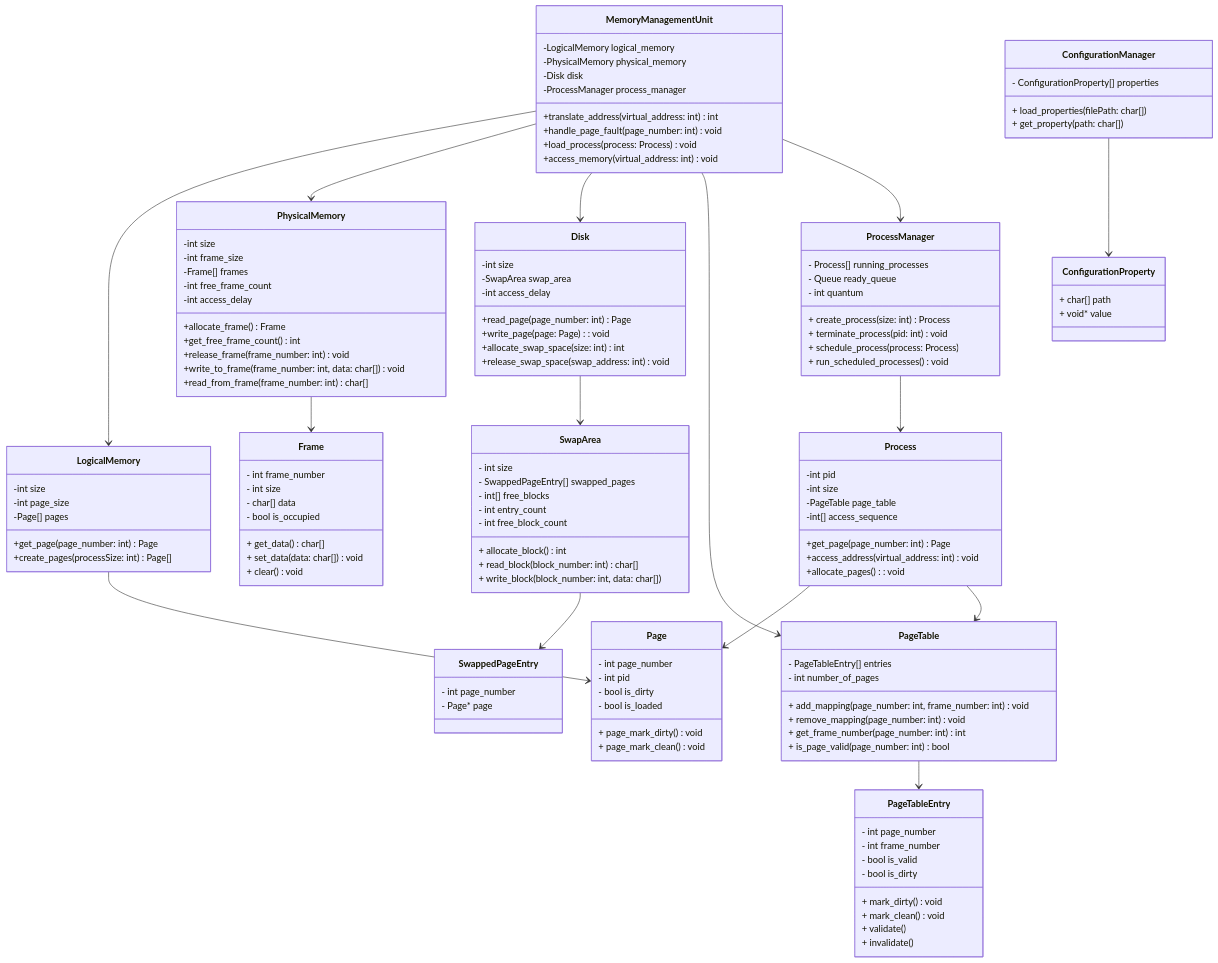
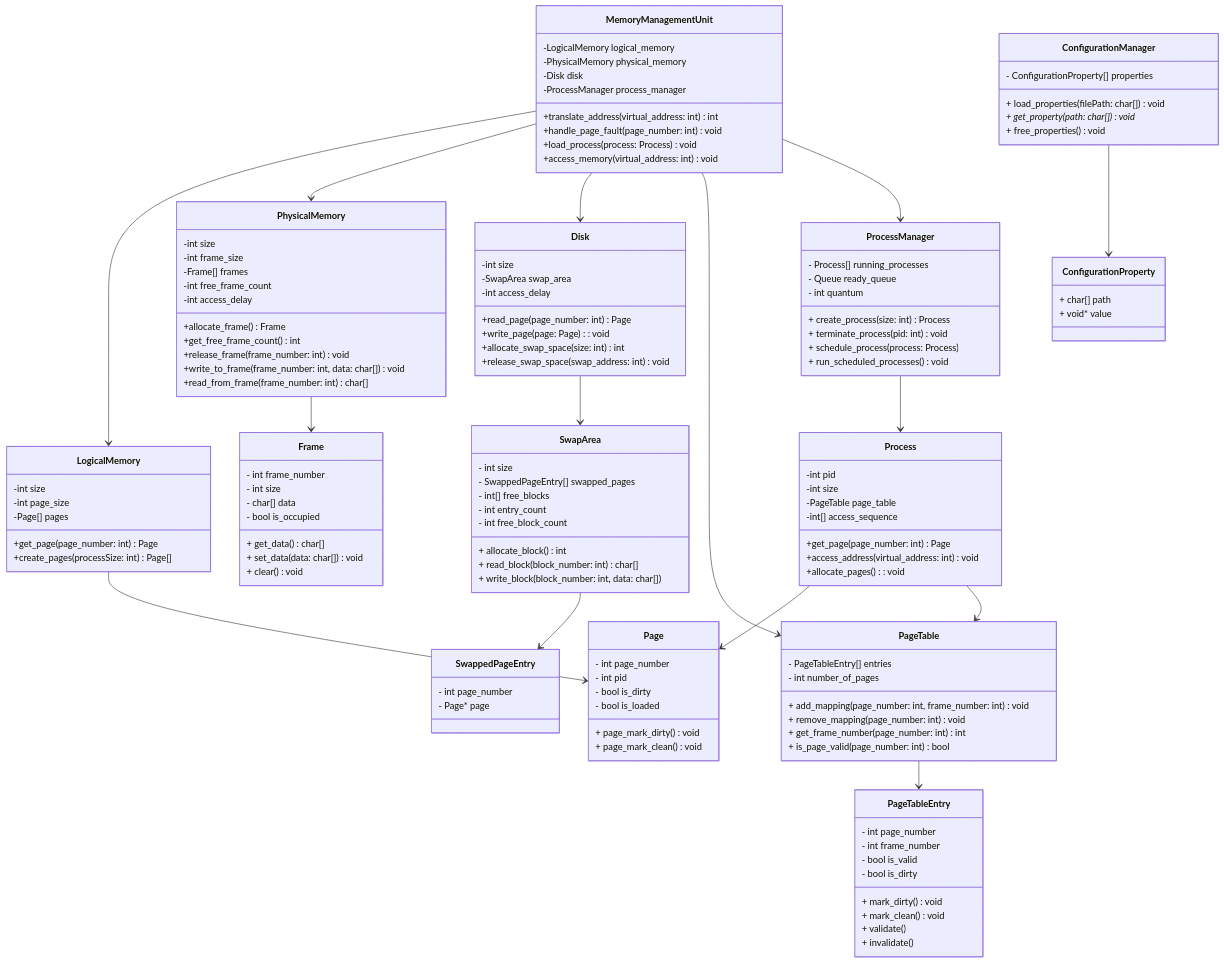
Before and after one commit to ImGabreuw/operating-system-paging-simulation: the diagram in docs/README.md, drawn with Mermaid. The commit also changed other lines of this file and 11 other files, not shown here.

```diff
--- a/docs/README.md
+++ b/docs/README.md
@@ -49,7 +49,7 @@
       -Disk disk
       -ProcessManager process_manager
       +translate_address(virtual_address: int) int
-      +handle_page_fault(page_number: int) void 
+      +handle_page_fault(page_number: int) void
       +load_process(process: Process) void
       +access_memory(virtual_address: int) void
    }
@@ -112,9 +112,9 @@
    }
 
    class ProcessManager {
-      - Process[] running_processes  
-      - Queue ready_queue            
-      - int quantum                 
+      - Process[] running_processes
+      - Queue ready_queue
+      - int quantum
       + create_process(size: int) Process
       + terminate_process(pid: int) void
       + schedule_process(process: Process)
@@ -127,9 +127,10 @@
     }
 
     class ConfigurationManager {
-        - ConfigurationProperty[] properties  
-        + load_properties(filePath: char[])
-        + get_property(path: char[])
+        - ConfigurationProperty[] properties
+        + load_properties(filePath: char[]) void
+        + get_property(path: char[]) void*
+        + free_properties() void
     }
 
    MemoryManagementUnit --> LogicalMemory
@@ -141,7 +142,7 @@
    PhysicalMemory --> Frame
    Disk --> SwapArea
    SwapArea --> SwappedPageEntry
-   
+
    PageTable --> PageTableEntry
 
    LogicalMemory --> Page
```
